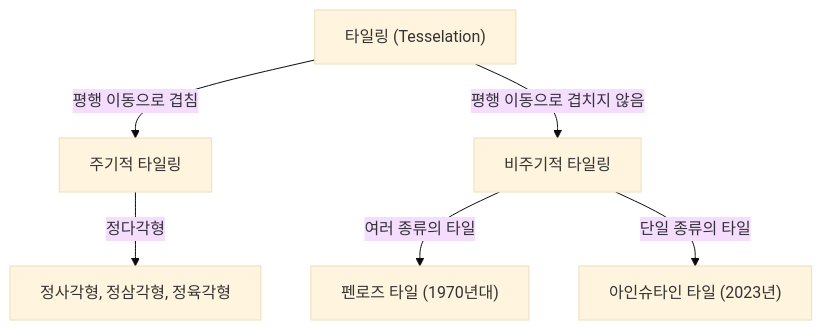
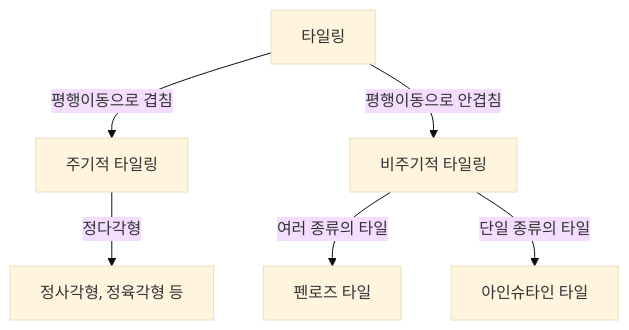
One commit to kenjinote/blog changed the diagram in content/post/aperiodic-tiling-problem/index.ko.md. Above: the diagram before and after it, drawn with Mermaid (base theme). The commit also changed other lines of this file and 129 other files, not shown here.

````diff
--- a/content/post/aperiodic-tiling-problem/index.ko.md
+++ b/content/post/aperiodic-tiling-problem/index.ko.md
@@ -23,9 +17,8 @@
 ```mermaid
 graph TD
-    A["타일링 (Tesselation)"]
-    A -- "평행 이동으로 겹침" --> B["주기적 타일링"]
-    A -- "평행 이동으로 겹치지 않음" --> C["비주기적 타일링"]
-    B -- "정다각형" --> D["정사각형, 정삼각형, 정육각형"]
-    C -- "여러 종류의 타일" --> E["펜로즈 타일 (1970년대)"]
-    C -- "단일 종류의 타일" --> F["아인슈타인 타일 (2023년)"]
+    A["타일링"] -- "평행이동으로 겹침" --> B["주기적 타일링"]
+    A -- "평행이동으로 안겹침" --> C["비주기적 타일링"]
+    B -- "정다각형" --> D["정사각형, 정육각형 등"]
+    C -- "여러 종류의 타일" --> E["펜로즈 타일"]
+    C -- "단일 종류의 타일" --> F["아인슈타인 타일"]
 ```
````
